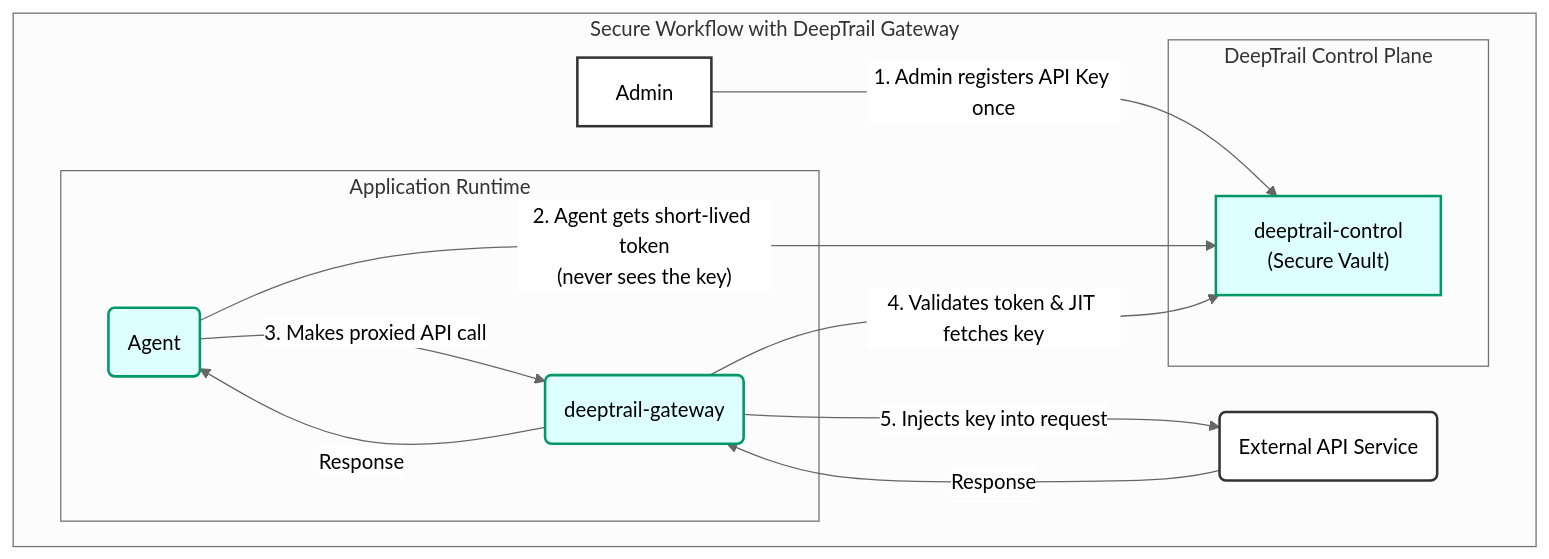
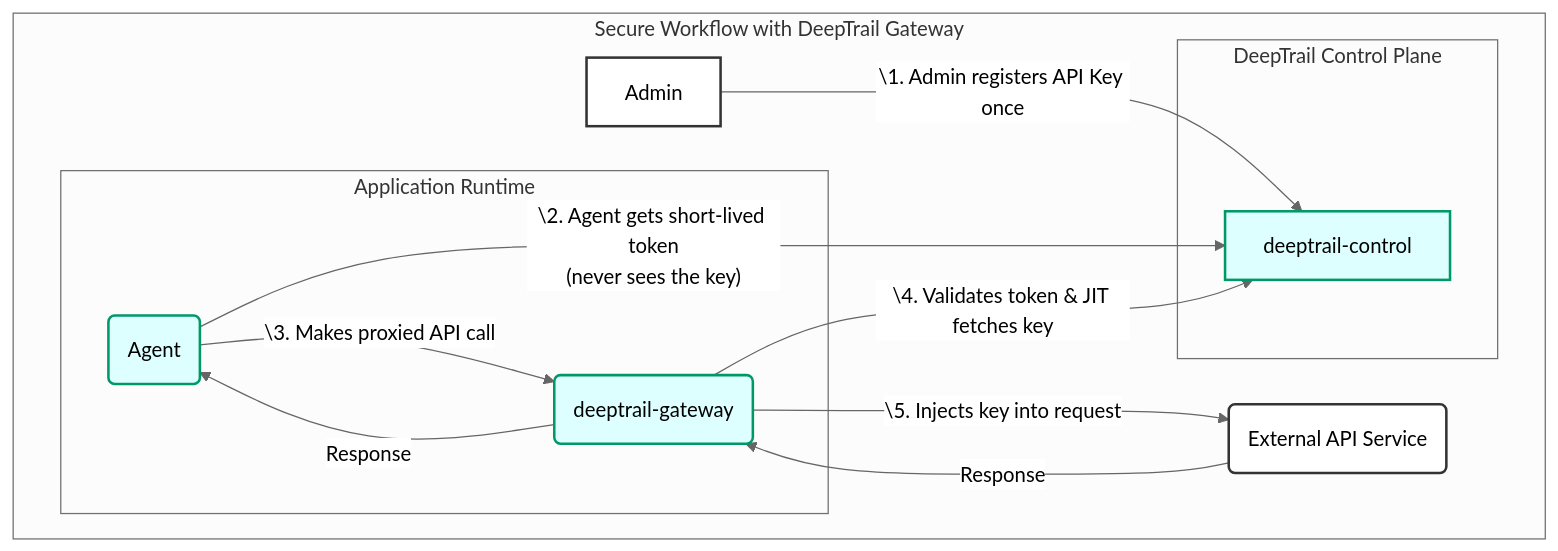
The seventh of 8 diagrams in docs/design/Technical_Architecture_Overview.md (DeepTrail/deepsecure), drawn with Mermaid (neutral theme) before and after one commit. The commit also changed other lines of this file, not shown here.

First line of the commit message:
Update Technical_Architecture_Overview.md

````diff
--- a/docs/design/Technical_Architecture_Overview.md
+++ b/docs/design/Technical_Architecture_Overview.md
@@ -414,27 +442,27 @@
 ```mermaid
 graph TD
     subgraph "Secure Workflow with DeepTrail Gateway"
         subgraph "DeepTrail Control Plane"
-            ControlPlane["deeptrail-control<br/>(Secure Vault)"]
+            ControlPlane["deeptrail-control<br/>"]
         end
         
         subgraph "Application Runtime"
             Agent("Agent")
             Gateway("deeptrail-gateway")
         end
 
         ExternalAPI("External API Service")
 
-        Admin -- "1. Admin registers API Key once" --> ControlPlane
-        Agent -- "2. Agent gets short-lived token<br/>(never sees the key)" --> ControlPlane
-        Agent -- "3. Makes proxied API call" --> Gateway
-        Gateway -- "4. Validates token & JIT fetches key" --> ControlPlane
-        Gateway -- "5. Injects key into request" --> ExternalAPI
+        Admin -- "\1. Admin registers API Key once" --> ControlPlane
+        Agent -- "\2. Agent gets short-lived token<br/>(never sees the key)" --> ControlPlane
+        Agent -- "\3. Makes proxied API call" --> Gateway
+        Gateway -- "\4. Validates token & JIT fetches key" --> ControlPlane
+        Gateway -- "\5. Injects key into request" --> ExternalAPI
         ExternalAPI -- "Response" --> Gateway
         Gateway -- "Response" --> Agent
 
         classDef default fill:#fff,stroke:#333,stroke-width:2px;
         classDef secure fill:#dff,stroke:#096,stroke-width:2px;
         class ControlPlane,Gateway,Agent secure;
     end
 ```
````
